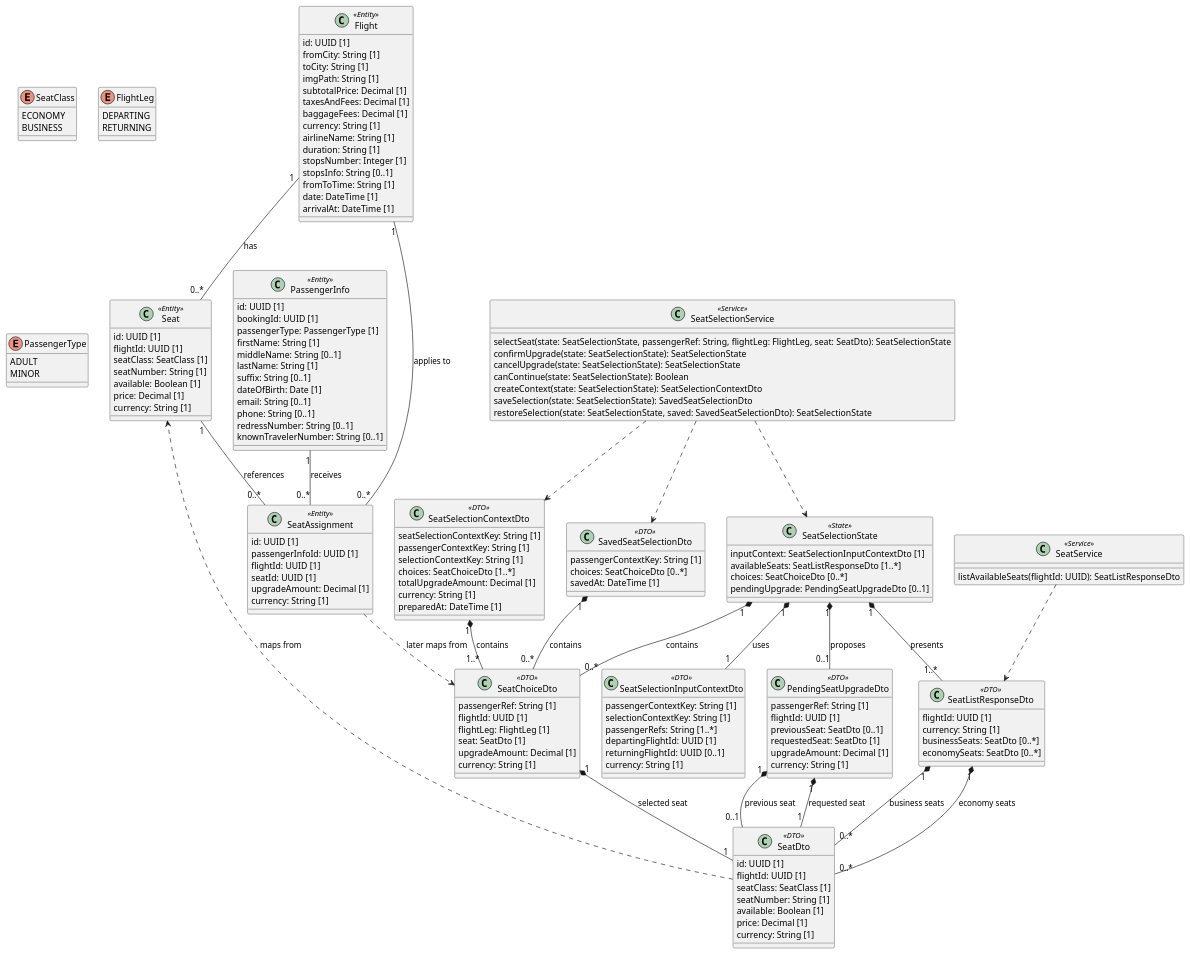
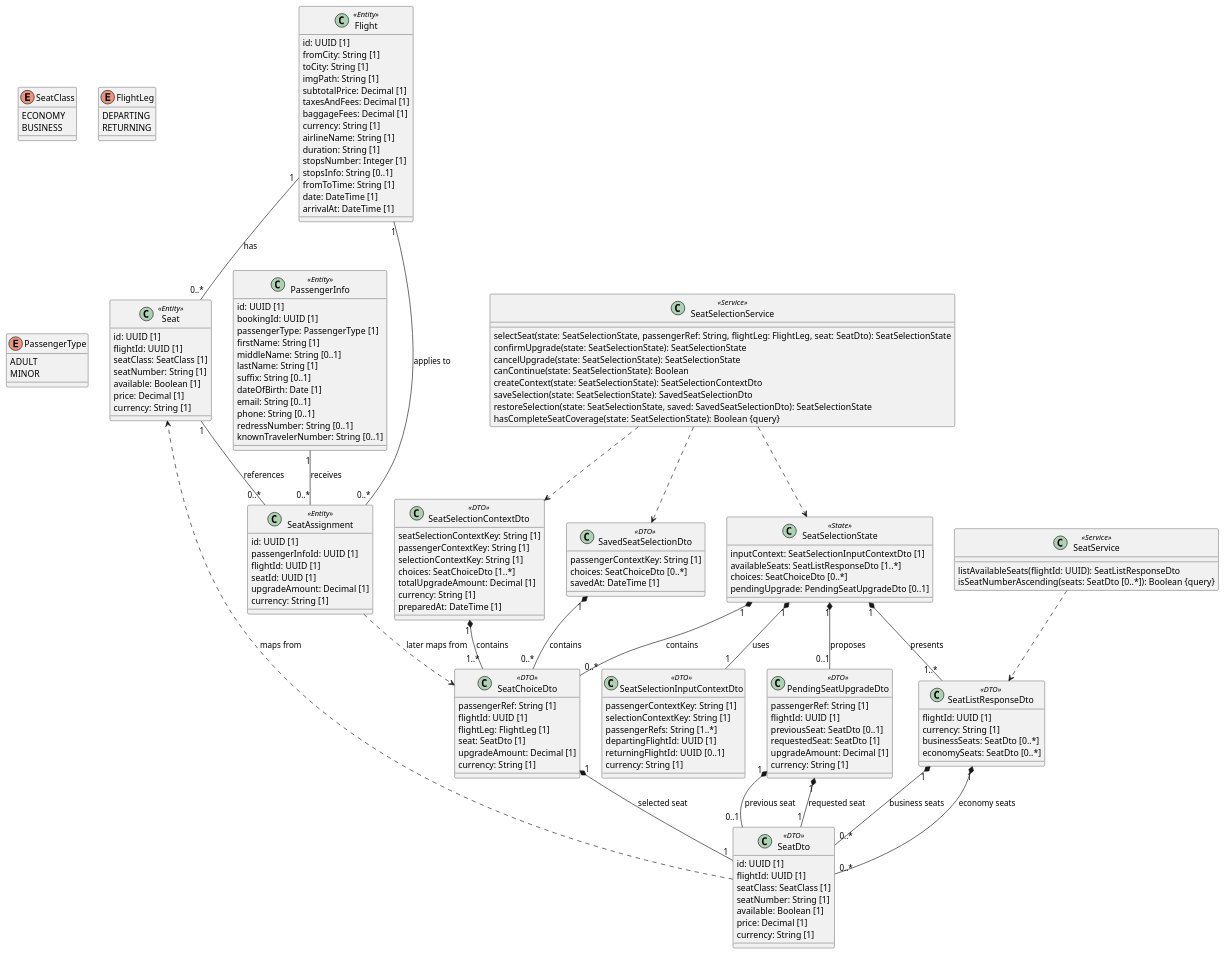
One commit to khanhNguyenHong2311/VT-TripmaSpecification changed the diagram in 01-inception/use-cases/uc-04-select-seats.md. Above: the diagram before and after it, drawn with PlantUML. The commit also changed other lines of this file and 6 other files, not shown here.

```diff
--- a/01-inception/use-cases/uc-04-select-seats.md
+++ b/01-inception/use-cases/uc-04-select-seats.md
@@ -272,6 +272,7 @@
 
 class SeatService <<Service>> {
   listAvailableSeats(flightId: UUID): SeatListResponseDto
+  isSeatNumberAscending(seats: SeatDto [0..*]): Boolean {query}
 }
 
 class SeatSelectionService <<Service>> {
@@ -282,6 +283,7 @@
   createContext(state: SeatSelectionState): SeatSelectionContextDto
   saveSelection(state: SeatSelectionState): SavedSeatSelectionDto
   restoreSelection(state: SeatSelectionState, saved: SavedSeatSelectionDto): SeatSelectionState
+  hasCompleteSeatCoverage(state: SeatSelectionState): Boolean {query}
 }
 
 Flight "1" -- "0..*" Seat : has
```
